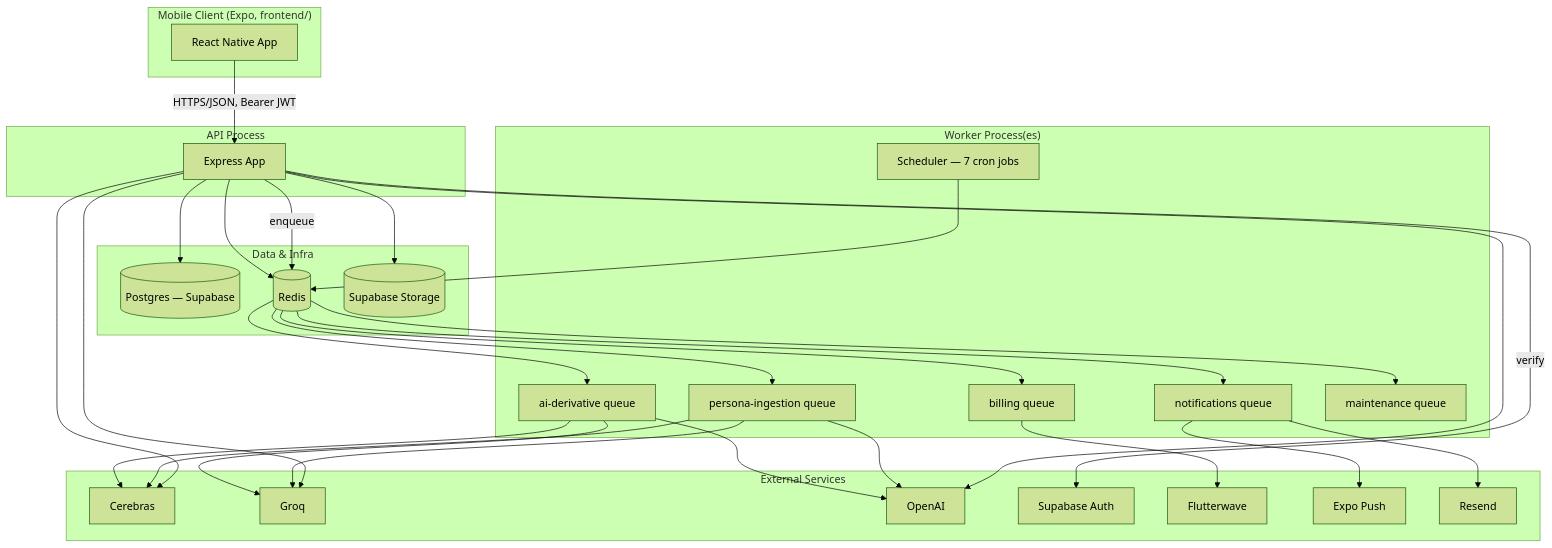
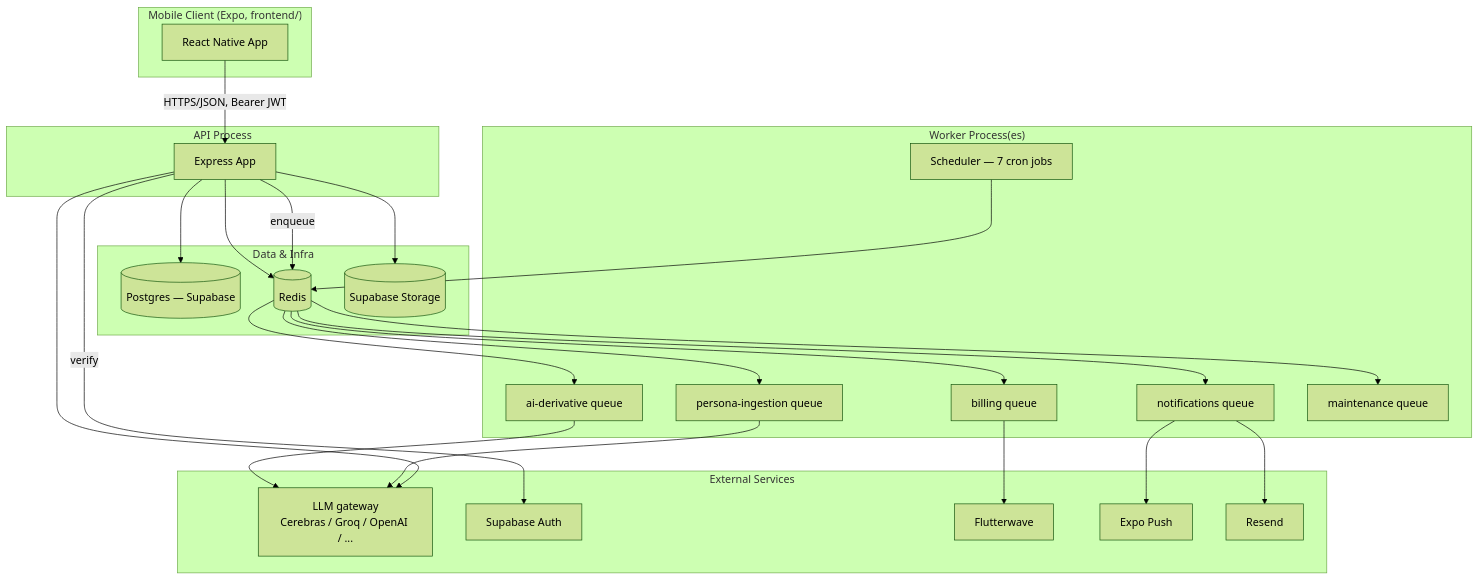
The first of 7 diagrams in ARCHITECTURE.md (Devpaul-01/Dryrun), drawn with Mermaid (forest theme) before and after one commit. The commit also changed other lines of this file, not shown here.

First line of the commit message:
docs(architecture): describe gateway-based AI integration

````diff
--- a/ARCHITECTURE.md
+++ b/ARCHITECTURE.md
@@ -21,52 +21,50 @@
 ```mermaid
 flowchart TB
     subgraph Client["Mobile Client (Expo, frontend/)"]
         APP[React Native App]
     end
 
     subgraph API["API Process"]
         EX[Express App]
     end
 
     subgraph Workers["Worker Process(es)"]
         W1[ai-derivative queue]
         W2[persona-ingestion queue]
         W3[billing queue]
         W4[notifications queue]
         W5[maintenance queue]
         SCHED[Scheduler — 7 cron jobs]
     end
 
     subgraph Data["Data & Infra"]
         PG[(Postgres — Supabase)]
         RD[(Redis)]
         ST[(Supabase Storage)]
     end
 
     subgraph External["External Services"]
-        AI1[Cerebras]
-        AI2[Groq]
-        AI3[OpenAI]
+        GW[LLM gateway<br/>Cerebras / Groq / OpenAI / ...]
         SBAUTH[Supabase Auth]
         FW[Flutterwave]
         EXPO[Expo Push]
         RESEND[Resend]
     end
 
     APP -->|HTTPS/JSON, Bearer JWT| EX
     EX --> PG
     EX --> RD
     EX --> ST
     EX -->|verify| SBAUTH
     EX -->|enqueue| RD
 
     RD --> W1 & W2 & W3 & W4 & W5
     SCHED --> RD
 
-    W1 --> AI1 & AI2 & AI3
-    W2 --> AI1 & AI2 & AI3
+    W1 --> GW
+    W2 --> GW
     W3 --> FW
     W4 --> EXPO
     W4 --> RESEND
-    EX --> AI1 & AI2 & AI3
+    EX --> GW
 ```
````
